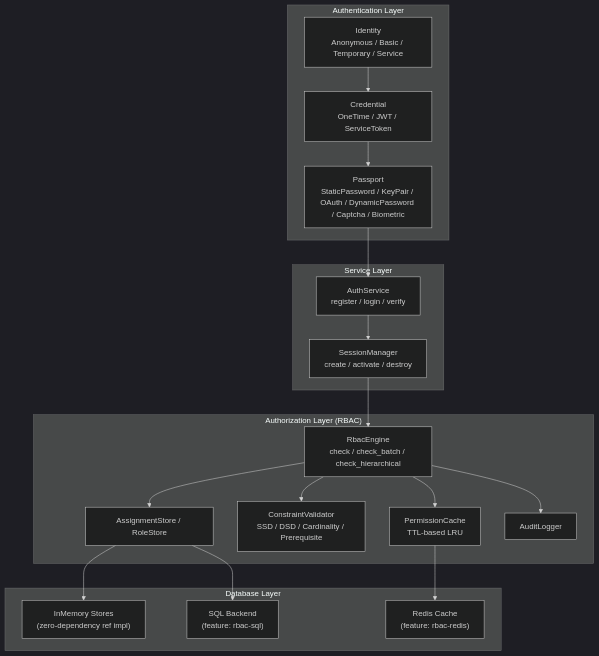
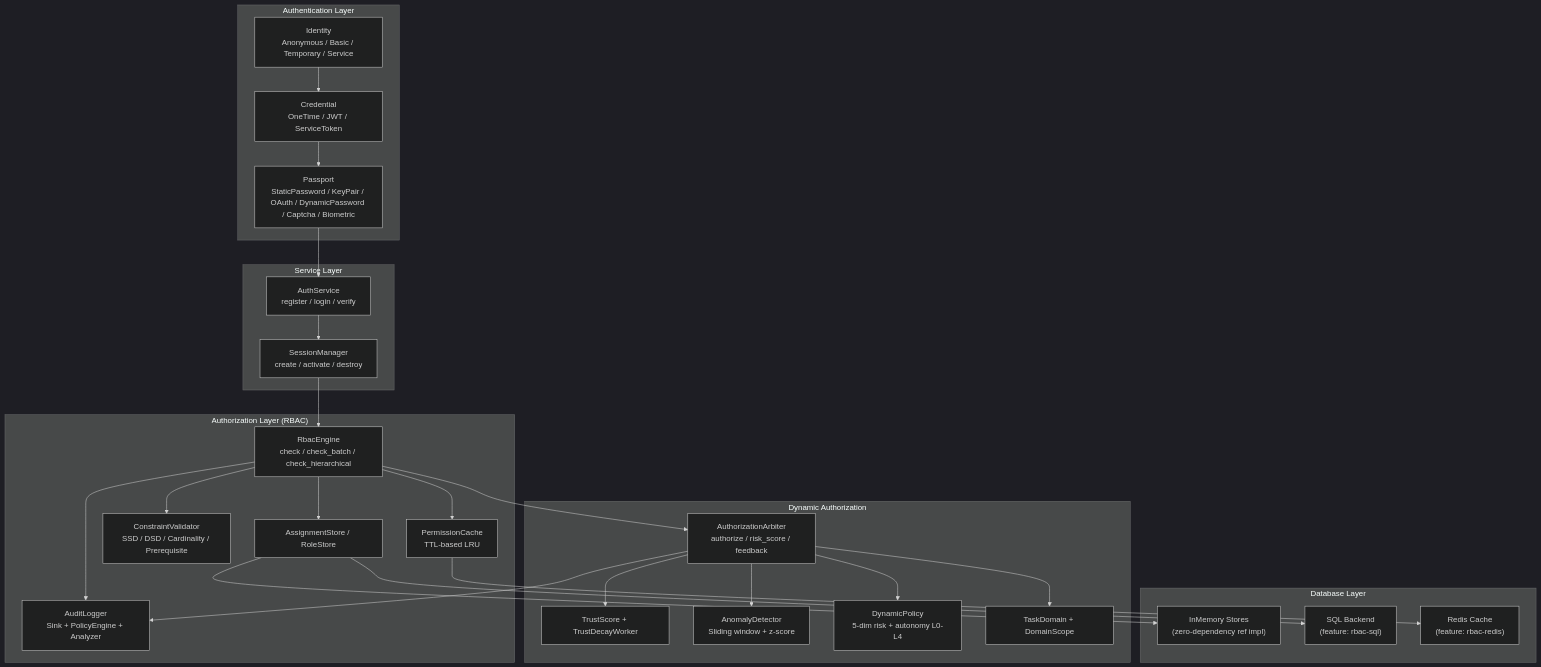
One commit to langyo/kirino changed the first of 5 diagrams in README.md. Above: the diagram before and after it, drawn with Mermaid (dark theme). The commit also changed other lines of this file and 15 other files, not shown here.

First line of the commit message:
✨ Add dynamic authorization layer with trust scoring, anomaly detection, and autonomy levels (L0-L4)

````diff
--- a/README.md
+++ b/README.md
@@ -157,37 +161,51 @@
 ```mermaid
 graph TD
     subgraph SERVICE["Service Layer"]
         AUTH["AuthService<br/>register / login / verify"]
         SESSION["SessionManager<br/>create / activate / destroy"]
     end
 
     subgraph AUTHN["Authentication Layer"]
         IDENTITY["Identity<br/>Anonymous / Basic / Temporary / Service"]
         CREDENTIAL["Credential<br/>OneTime / JWT / ServiceToken"]
         PASSPORT["Passport<br/>StaticPassword / KeyPair / OAuth / DynamicPassword / Captcha / Biometric"]
     end
 
     subgraph AUTHZ["Authorization Layer (RBAC)"]
         ENGINE["RbacEngine<br/>check / check_batch / check_hierarchical"]
         STORE["AssignmentStore / RoleStore"]
         CONSTRAINTS["ConstraintValidator<br/>SSD / DSD / Cardinality / Prerequisite"]
         CACHE["PermissionCache<br/>TTL-based LRU"]
-        AUDIT["AuditLogger"]
+        AUDIT["AuditLogger<br/>Sink + PolicyEngine + Analyzer"]
+    end
+
+    subgraph DYN["Dynamic Authorization"]
+        ARBITER["AuthorizationArbiter<br/>authorize / risk_score / feedback"]
+        TRUST["TrustScore + TrustDecayWorker"]
+        ANOMALY["AnomalyDetector<br/>Sliding window + z-score"]
+        POLICY["DynamicPolicy<br/>5-dim risk + autonomy L0-L4"]
+        DOMAIN["TaskDomain + DomainScope"]
     end
 
     subgraph DB["Database Layer"]
         MEMORY["InMemory Stores<br/>(zero-dependency ref impl)"]
         SQL["SQL Backend<br/>(feature: rbac-sql)"]
         REDIS["Redis Cache<br/>(feature: rbac-redis)"]
     end
 
     IDENTITY --> CREDENTIAL --> PASSPORT --> AUTH --> SESSION
     SESSION --> ENGINE
     ENGINE --> STORE
     ENGINE --> CONSTRAINTS
     ENGINE --> CACHE
     ENGINE --> AUDIT
+    ENGINE --> ARBITER
+    ARBITER --> TRUST
+    ARBITER --> ANOMALY
+    ARBITER --> POLICY
+    ARBITER --> DOMAIN
+    ARBITER --> AUDIT
     STORE --> MEMORY
     STORE --> SQL
     CACHE --> REDIS
 ```
````
